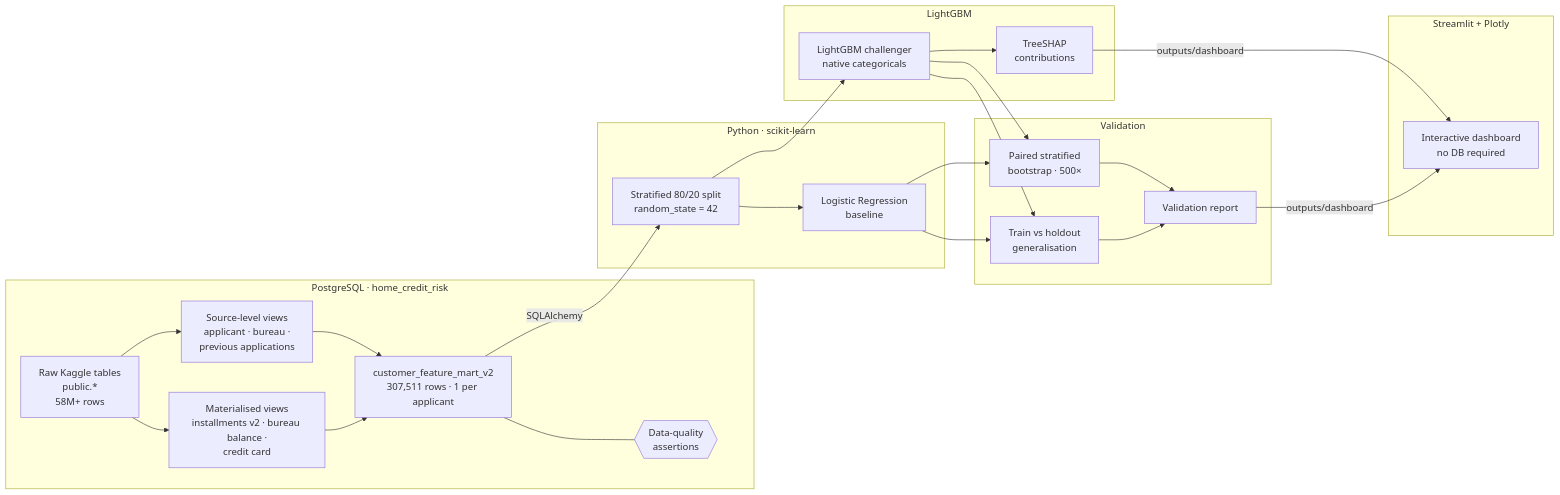
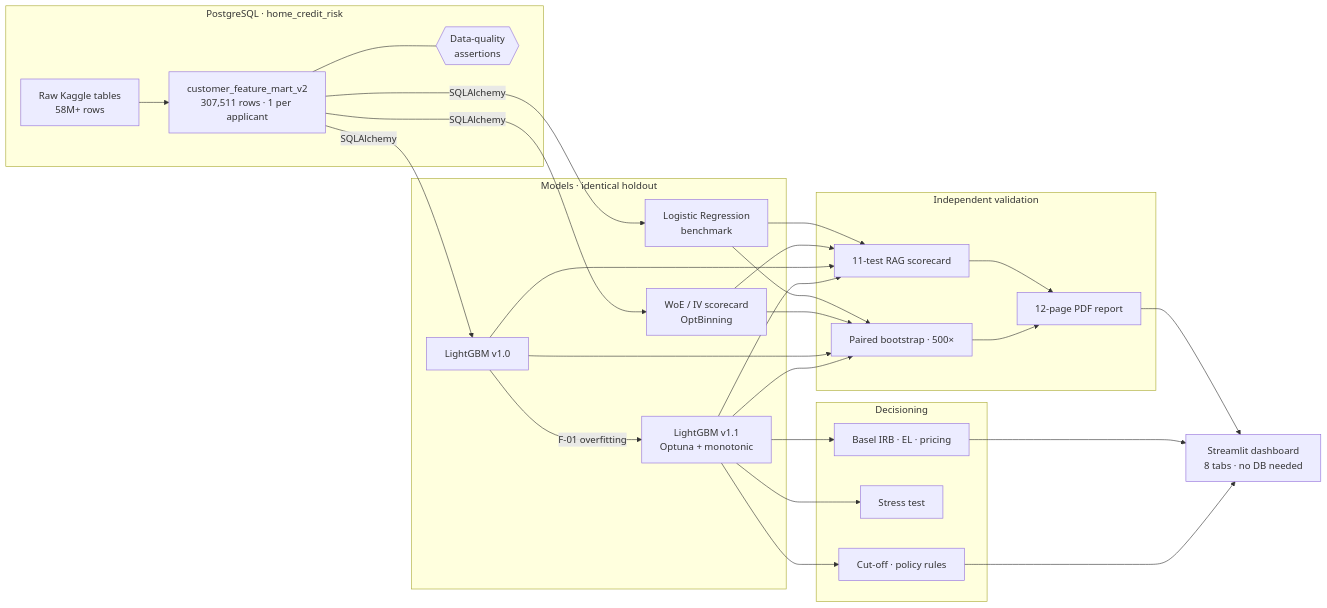
The diagram in README.md (NVPhg/credit-risk-platform), drawn with Mermaid before and after one commit. The commit also changed other lines of this file and 38 other files, not shown here.

First line of the commit message:
Remediation v1.1, WoE scorecard, Basel IRB capital and stress testing

````diff
--- a/README.md
+++ b/README.md
@@ -64,39 +71,35 @@
 ```mermaid
 flowchart LR
     subgraph PG["PostgreSQL · home_credit_risk"]
-        RAW["Raw Kaggle tables<br/>public.*<br/>58M+ rows"]
-        L1["Source-level views<br/>applicant · bureau ·<br/>previous applications"]
-        L2["Materialised views<br/>installments v2 · bureau balance ·<br/>credit card"]
+        RAW["Raw Kaggle tables<br/>58M+ rows"]
         MART["customer_feature_mart_v2<br/>307,511 rows · 1 per applicant"]
         DQ{{"Data-quality<br/>assertions"}}
-        RAW --> L1 & L2
-        L1 & L2 --> MART
+        RAW --> MART
         MART --- DQ
     end
 
-    subgraph PY["Python · scikit-learn"]
-        SPLIT["Stratified 80/20 split<br/>random_state = 42"]
-        LR["Logistic Regression<br/>baseline"]
+    subgraph MOD["Models · identical holdout"]
+        LR["Logistic Regression<br/>benchmark"]
+        WOE["WoE / IV scorecard<br/>OptBinning"]
+        V10["LightGBM v1.0"]
+        V11["LightGBM v1.1<br/>Optuna + monotonic"]
     end
 
-    subgraph GBM["LightGBM"]
-        LGB["LightGBM challenger<br/>native categoricals"]
-        SHAP["TreeSHAP<br/>contributions"]
+    subgraph VAL["Independent validation"]
+        RAG["11-test RAG scorecard"]
+        BOOT["Paired bootstrap · 500×"]
+        REP["12-page PDF report"]
     end
 
-    subgraph VAL["Validation"]
-        BOOT["Paired stratified<br/>bootstrap · 500×"]
-        GAP["Train vs holdout<br/>generalisation"]
-        REP["Validation report"]
+    subgraph BIZ["Decisioning"]
+        IRB["Basel IRB · EL · pricing"]
+        STR["Stress test"]
+        POL["Cut-off · policy rules"]
     end
 
-    subgraph APP["Streamlit + Plotly"]
-        DASH["Interactive dashboard<br/>no DB required"]
-    end
-
-    MART -->|SQLAlchemy| SPLIT
-    SPLIT --> LR & LGB
-    LGB --> SHAP
-    LR & LGB --> BOOT & GAP --> REP
-    SHAP & REP -->|outputs/dashboard| DASH
+    MART -->|SQLAlchemy| LR & WOE & V10
+    V10 -->|"F-01 overfitting"| V11
+    LR & WOE & V10 & V11 --> RAG & BOOT --> REP
+    V11 --> IRB & STR & POL
+    REP & IRB & POL --> APP["Streamlit dashboard<br/>8 tabs · no DB needed"]
 ```
````
